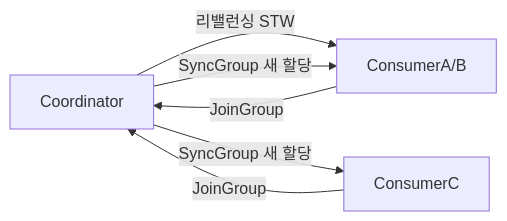
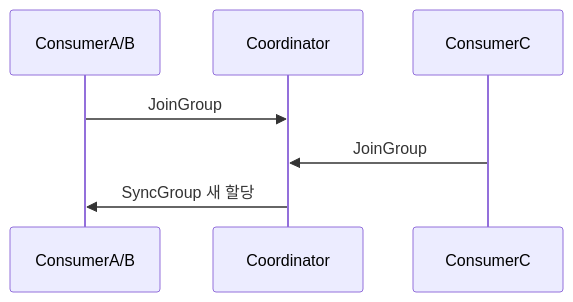
One commit to yjkim2015/yjkim2015.github.io changed the third of 7 diagrams in _posts/kafka/2026-05-01-kafka-consumer-deep.md. Above: the diagram before and after it, drawn with Mermaid. The commit also changed other lines of this file and 89 other files, not shown here.

First line of the commit message:
복잡한 flowchart 163개 → sequenceDiagram 변환 (90파일)

````diff
--- a/_posts/kafka/2026-05-01-kafka-consumer-deep.md
+++ b/_posts/kafka/2026-05-01-kafka-consumer-deep.md
@@ -120,6 +123,6 @@
 ```mermaid
-graph LR
-    GC["Coordinator"] -->|리밸런싱 STW| CA["ConsumerA/B"]
-    CA & CC["ConsumerC"] -->|JoinGroup| GC
-    GC -->|SyncGroup 새 할당| CA & CC
+sequenceDiagram
+    ConsumerA/B->>Coordinator: JoinGroup
+    ConsumerC->>Coordinator: JoinGroup
+    Coordinator->>ConsumerA/B: SyncGroup 새 할당
 ```
````
